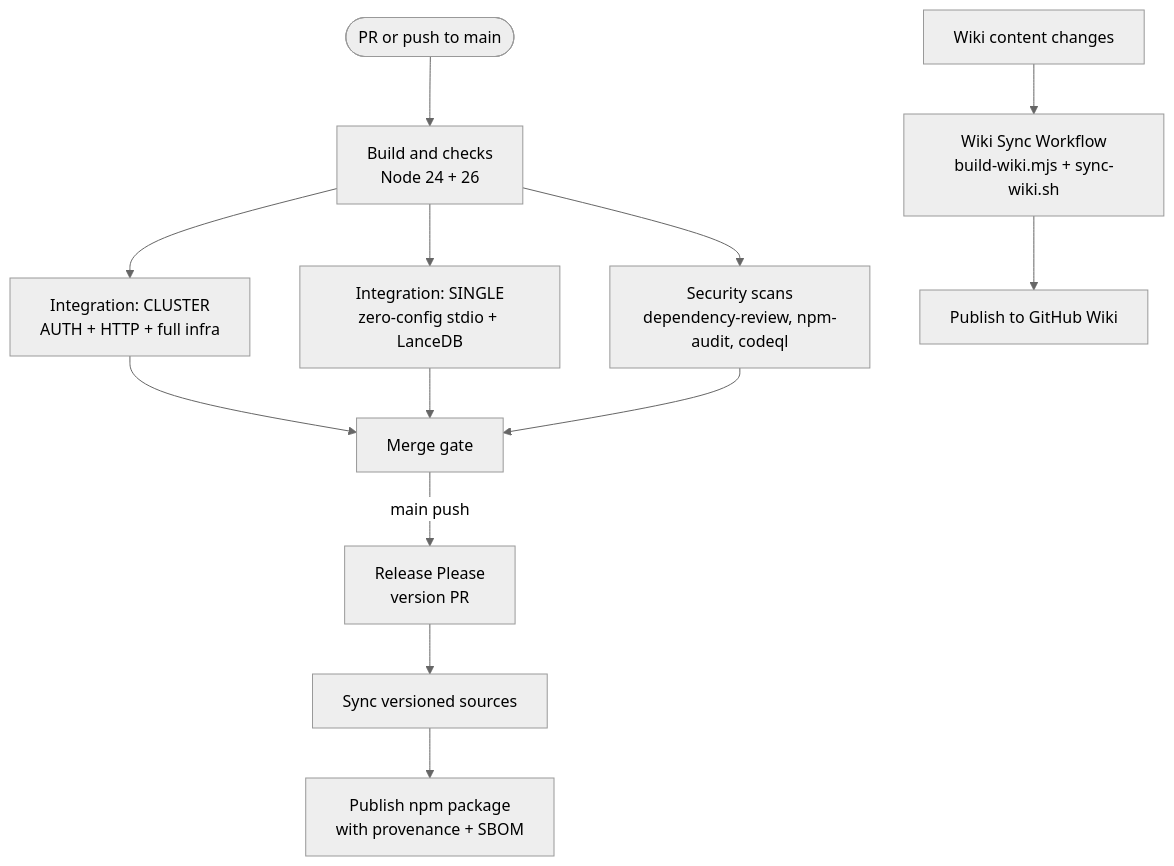
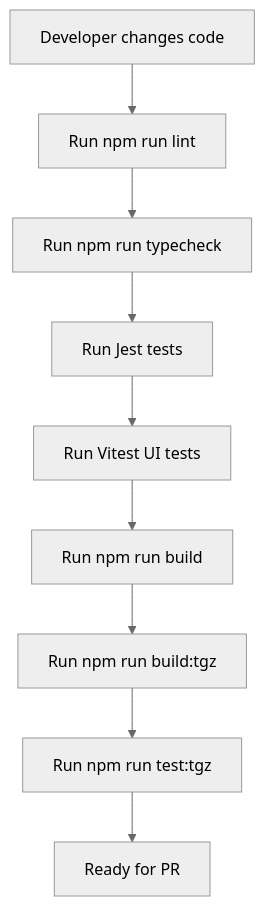
Before and after one commit to SquadRules/mcp: the second of 6 diagrams in .qoder/repowiki/en/content/Development Guide.md, drawn with Mermaid (neutral theme). The commit also changed other lines of this file and 553 other files, not shown here.

First line of the commit message:
docs: publish recovered Qoder wiki baseline for main (#247)

````diff
--- a/.qoder/repowiki/en/content/Development Guide.md
+++ b/.qoder/repowiki/en/content/Development Guide.md
@@ -248,15 +140,11 @@
 ```mermaid
 flowchart TD
-Start(["PR or push to main"]) --> Build["Build and checks<br/>Node 24 + 26"]
-Build --> IntCluster["Integration: CLUSTER<br/>AUTH + HTTP + full infra"]
-Build --> IntSingle["Integration: SINGLE<br/>zero-config stdio + LanceDB"]
-Build --> Security["Security scans<br/>dependency-review, npm-audit, codeql"]
-WikiChanges["Wiki content changes"] --> WikiSync["Wiki Sync Workflow<br/>build-wiki.mjs + sync-wiki.sh"]
-IntCluster --> Gate["Merge gate"]
-IntSingle --> Gate
-Security --> Gate
-WikiSync --> WikiPublish["Publish to GitHub Wiki"]
-Gate --> |main push| Release["Release Please<br/>version PR"]
-Release --> Sync["Sync versioned sources"]
-Sync --> Publish["Publish npm package<br/>with provenance + SBOM"]
+Start["Developer changes code"] --> Lint["Run npm run lint"]
+Lint --> TypeCheck["Run npm run typecheck"]
+TypeCheck --> UnitTests["Run Jest tests"]
+UnitTests --> UITests["Run Vitest UI tests"]
+UITests --> Build["Run npm run build"]
+Build --> Package["Run npm run build:tgz"]
+Package --> Verify["Run npm run test:tgz"]
+Verify --> Done["Ready for PR"]
 ```
````
